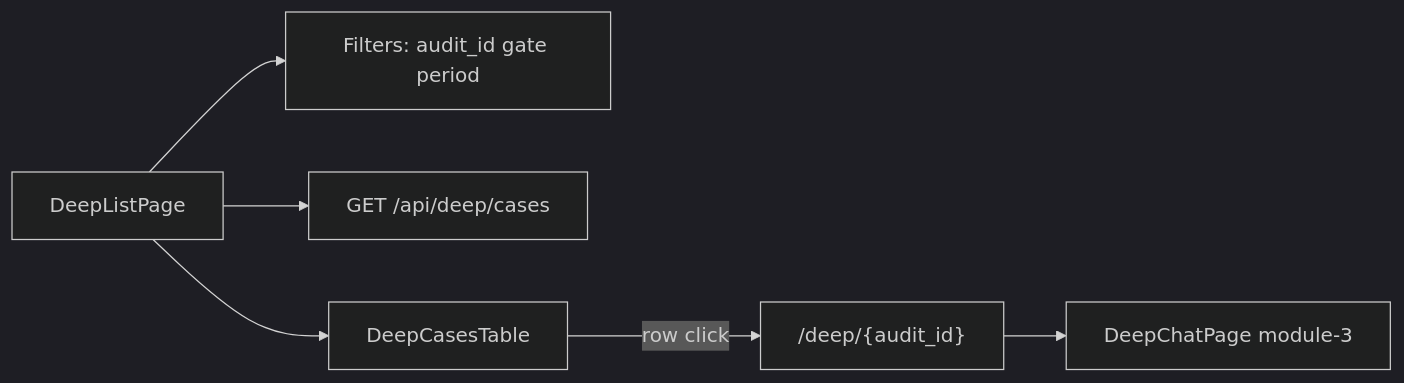
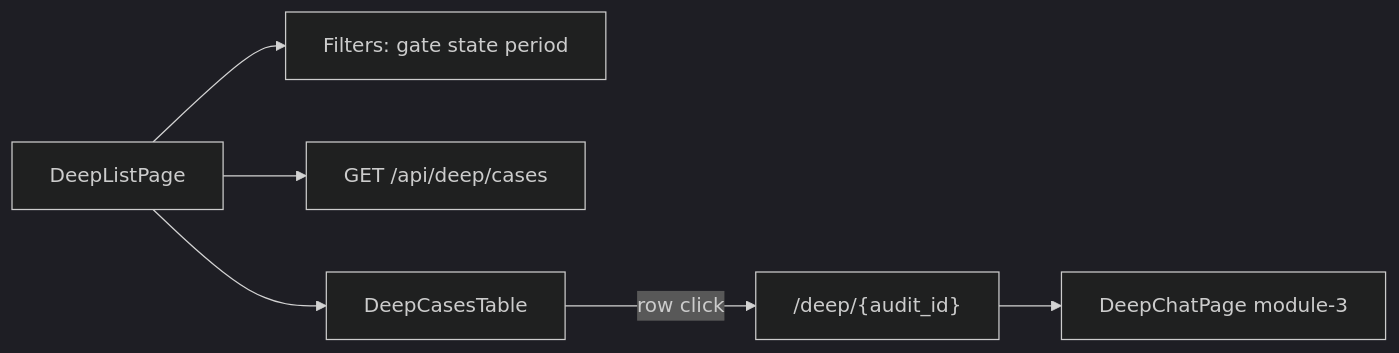
Before and after one commit to Analytics-bb/monitor_frontend: the diagram in .cursor/plans/FE/module-2-deep-list.plan.md, drawn with Mermaid (dark theme). The commit also changed other lines of this file and 18 other files, not shown here.

````diff
--- a/.cursor/plans/FE/module-2-deep-list.plan.md
+++ b/.cursor/plans/FE/module-2-deep-list.plan.md
@@ -180,9 +182,9 @@
 ```mermaid
 flowchart LR
   DLP[DeepListPage]
-  DLP --> Filters[Filters: audit_id gate period]
+  DLP --> Filters[Filters: gate state period]
   DLP --> API[GET /api/deep/cases]
   DLP --> Table[DeepCasesTable]
   Table -->|row click| Chat["/deep/{audit_id}"]
   Chat --> DCP[DeepChatPage module-3]
 ```
````
